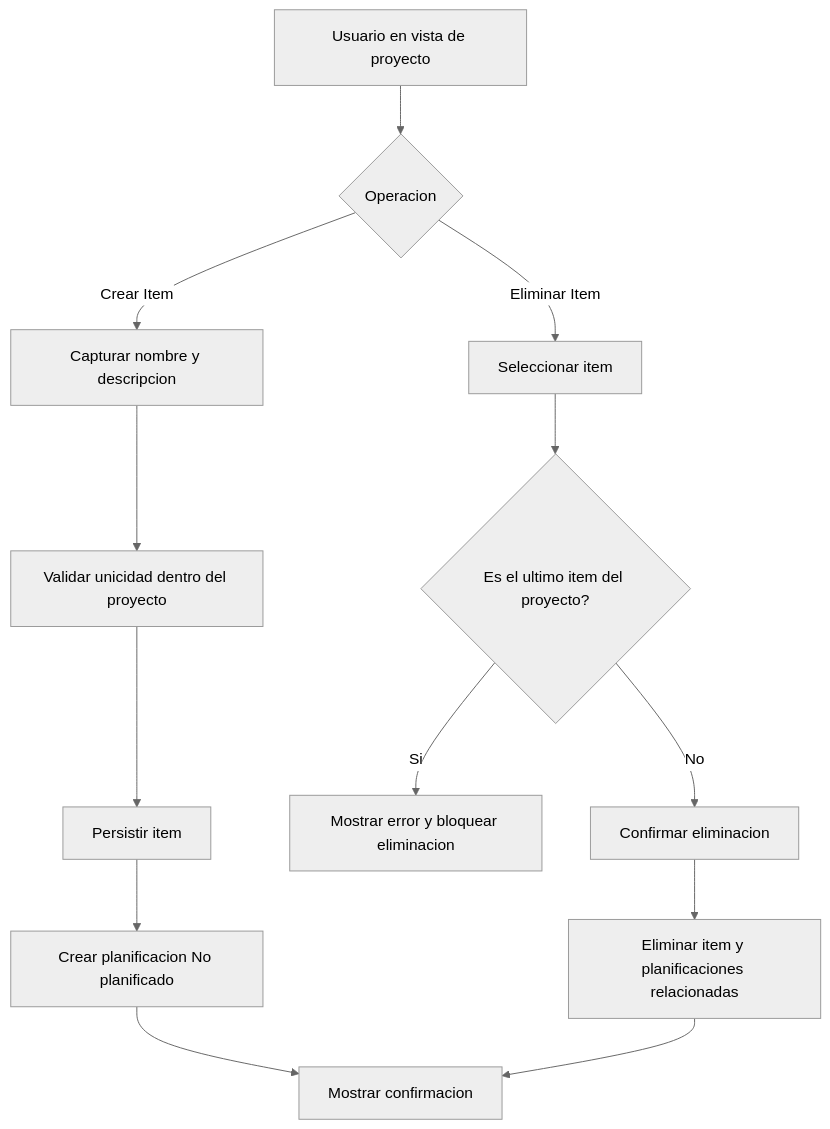
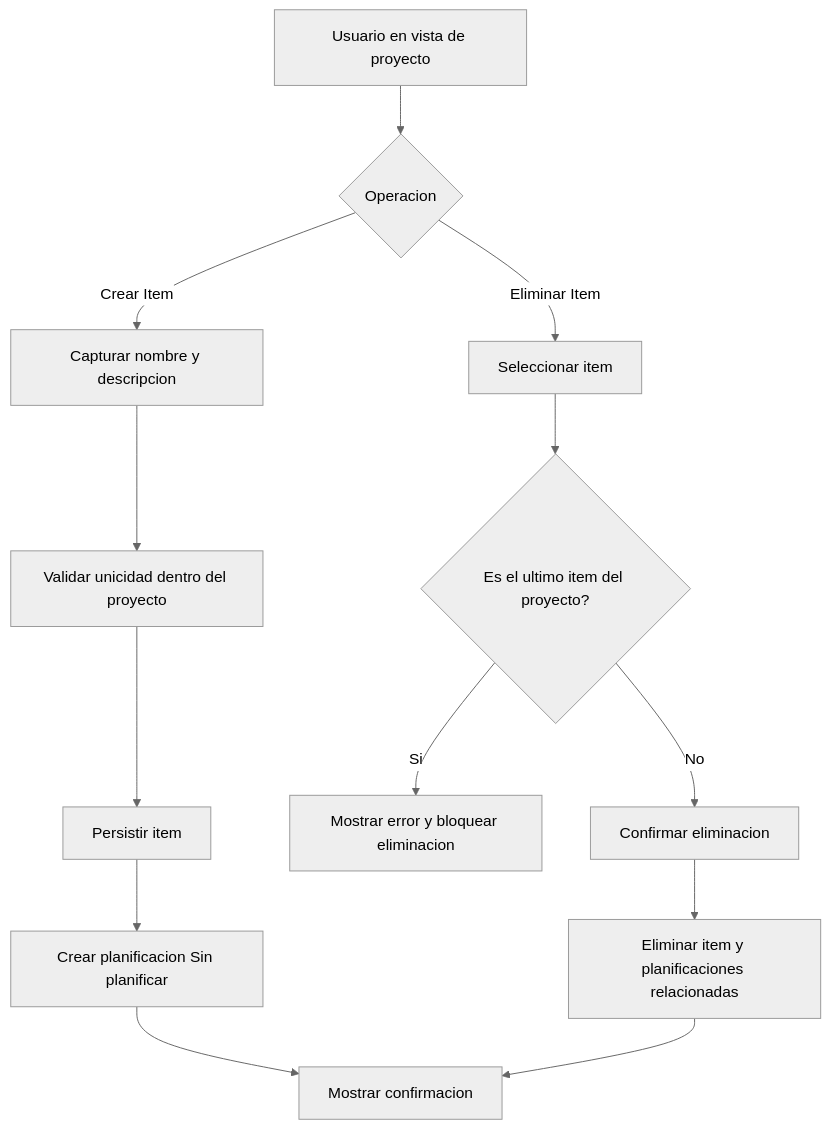
Before and after one commit to serpegon11710-byte/Planificacion_2.0: the diagram in docs/casos-uso/UC-01.3-gestion-item.md, drawn with Mermaid (neutral theme). The commit also changed other lines of this file and 35 other files, not shown here.

````diff
--- a/docs/casos-uso/UC-01.3-gestion-item.md
+++ b/docs/casos-uso/UC-01.3-gestion-item.md
@@ -19,17 +19,17 @@
 ```mermaid
 flowchart TD
    A[Usuario en vista de proyecto] --> B{Operacion}
 
    B -->|Crear Item| C[Capturar nombre y descripcion]
    C --> D[Validar unicidad dentro del proyecto]
    D --> E[Persistir item]
-   E --> F[Crear planificacion No planificado]
+   E --> F[Crear planificacion Sin planificar]
    F --> G[Mostrar confirmacion]
 
    B -->|Eliminar Item| H[Seleccionar item]
    H --> I{Es el ultimo item del proyecto?}
    I -->|Si| J[Mostrar error y bloquear eliminacion]
    I -->|No| K[Confirmar eliminacion]
    K --> L[Eliminar item y planificaciones relacionadas]
    L --> G
 ```
````
